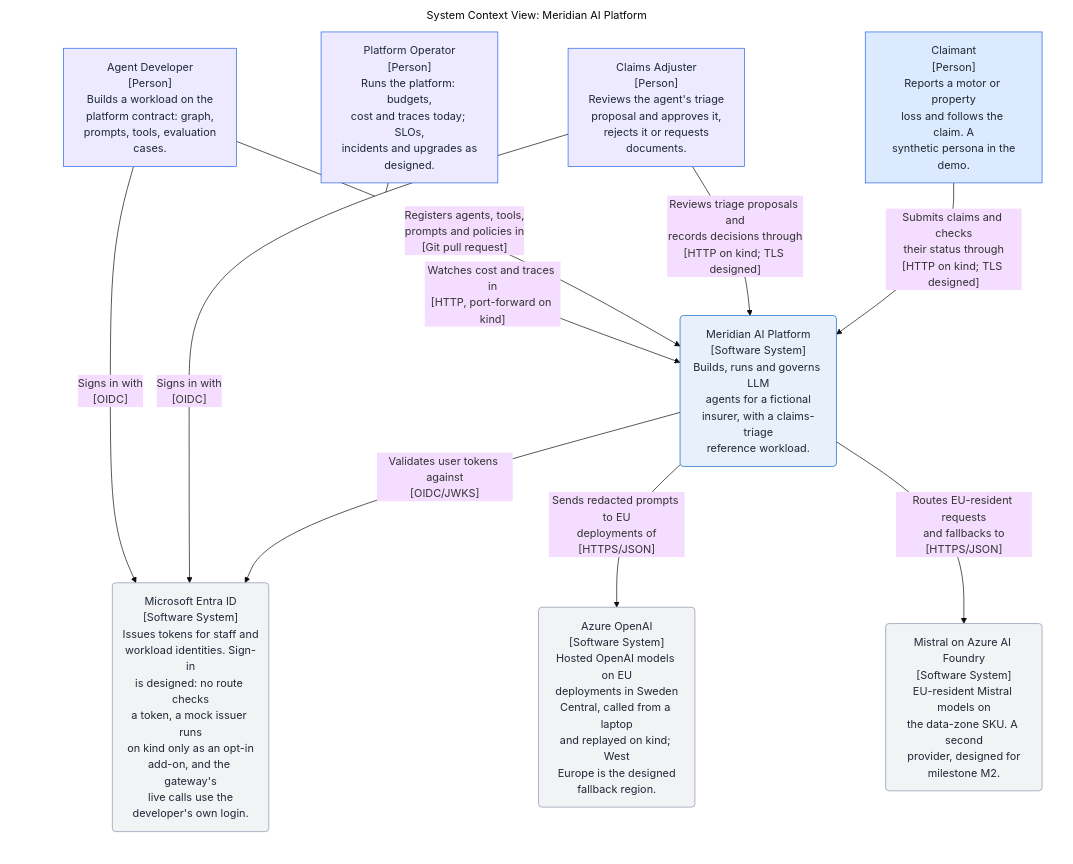
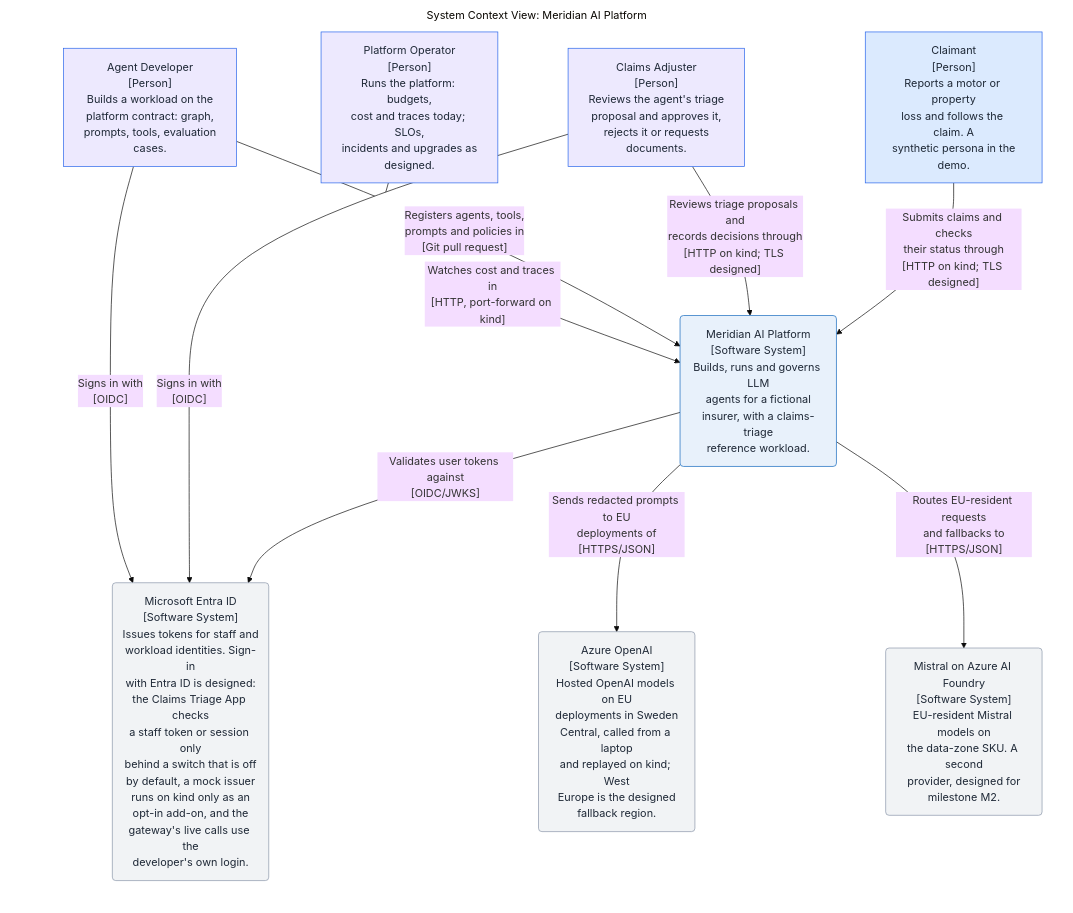
Before and after one commit to Dezoxy/meridian-ai-platform: the diagram in README.md, drawn with Mermaid (base theme). The commit also changed other lines of this file and 57 other files, not shown here.

First line of the commit message:
S021: the Claims API's staff routes and pages use the sign-in behind a switch that is off by default, and it was seen on kind (Y4) (#156)

````diff
--- a/README.md
+++ b/README.md
@@ -59,36 +59,36 @@
 ```mermaid
 graph LR
   linkStyle default fill:#ffffff
 
   subgraph diagram ["System Context View: Meridian AI Platform"]
     style diagram fill:#ffffff,stroke:#ffffff
 
     1["Claimant<br/>[Person]<br/>Reports a motor or property<br/>loss and follows the claim. A<br/>synthetic persona in the<br/>demo."]
     style 1 fill:#dbeafe,stroke:#2563eb,color:#1f2937
     10("Meridian AI Platform<br/>[Software System]<br/>Builds, runs and governs LLM<br/>agents for a fictional<br/>insurer, with a claims-triage<br/>reference workload.")
     style 10 fill:#e8f1fb,stroke:#1168bd,color:#1f2937
     2["Claims Adjuster<br/>[Person]<br/>Reviews the agent's triage<br/>proposal and approves it,<br/>rejects it or requests<br/>documents."]
     style 2 fill:#ede9fe,stroke:#2563eb,color:#1f2937
     3["Agent Developer<br/>[Person]<br/>Builds a workload on the<br/>platform contract: graph,<br/>prompts, tools, evaluation<br/>cases."]
     style 3 fill:#ede9fe,stroke:#2563eb,color:#1f2937
     4["Platform Operator<br/>[Person]<br/>Runs the platform: budgets,<br/>cost and traces today; SLOs,<br/>incidents and upgrades as<br/>designed."]
     style 4 fill:#ede9fe,stroke:#2563eb,color:#1f2937
-    5("Microsoft Entra ID<br/>[Software System]<br/>Issues tokens for staff and<br/>workload identities. Sign-in<br/>is designed: no route checks<br/>a token, a mock issuer runs<br/>on kind only as an opt-in<br/>add-on, and the gateway's<br/>live calls use the<br/>developer's own login.")
+    5("Microsoft Entra ID<br/>[Software System]<br/>Issues tokens for staff and<br/>workload identities. Sign-in<br/>with Entra ID is designed:<br/>the Claims Triage App checks<br/>a staff token or session only<br/>behind a switch that is off<br/>by default, a mock issuer<br/>runs on kind only as an<br/>opt-in add-on, and the<br/>gateway's live calls use the<br/>developer's own login.")
     style 5 fill:#f1f3f5,stroke:#8a96a8,color:#1f2937
     6("Azure OpenAI<br/>[Software System]<br/>Hosted OpenAI models on EU<br/>deployments in Sweden<br/>Central, called from a laptop<br/>and replayed on kind; West<br/>Europe is the designed<br/>fallback region.")
     style 6 fill:#f1f3f5,stroke:#8a96a8,color:#1f2937
     7("Mistral on Azure AI Foundry<br/>[Software System]<br/>EU-resident Mistral models on<br/>the data-zone SKU. A second<br/>provider, designed for<br/>milestone M2.")
     style 7 fill:#f1f3f5,stroke:#8a96a8,color:#1f2937
 
     1-- "Submits claims and checks<br/>their status through<br/>[HTTP on kind; TLS designed]" -->10
     2-- "Reviews triage proposals and<br/>records decisions through<br/>[HTTP on kind; TLS designed]" -->10
     3-- "Registers agents, tools,<br/>prompts and policies in<br/>[Git pull request]" -->10
     4-- "Watches cost and traces in<br/>[HTTP, port-forward on kind]" -->10
     10-- "Validates user tokens against<br/>[OIDC/JWKS]" -->5
     10-- "Sends redacted prompts to EU<br/>deployments of<br/>[HTTPS/JSON]" -->6
     10-- "Routes EU-resident requests<br/>and fallbacks to<br/>[HTTPS/JSON]" -->7
     2-- "Signs in with<br/>[OIDC]" -->5
     3-- "Signs in with<br/>[OIDC]" -->5
 
   end
 ```
````
